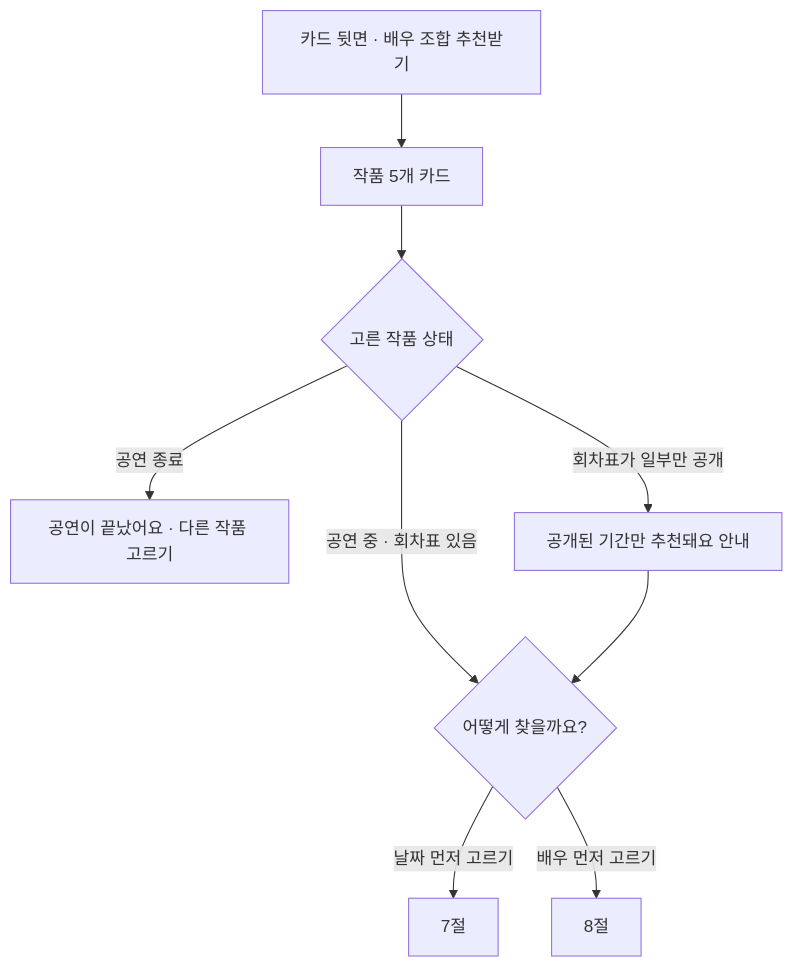
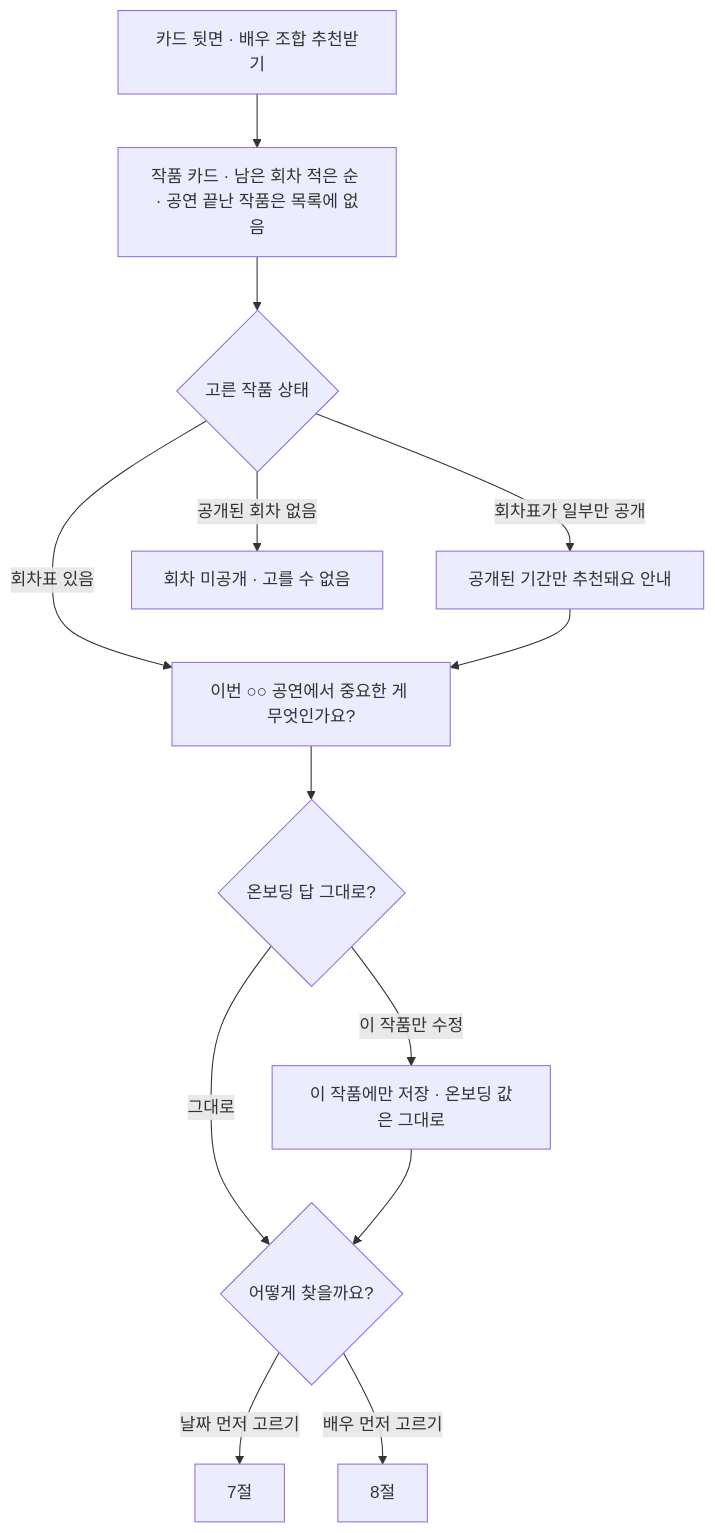
Before and after one commit to 2ma1995/pickle-src: the fifth of 8 diagrams in docs/261027_2_MVP_사용자흐름.md, drawn with Mermaid. The commit also changed other lines of this file, not shown here.

````diff
--- a/docs/261027_2_MVP_사용자흐름.md
+++ b/docs/261027_2_MVP_사용자흐름.md
@@ -262,10 +285,13 @@
 ```mermaid
 flowchart TD
-    BACK["카드 뒷면 · 배우 조합 추천받기"] --> W["작품 5개 카드"]
+    BACK["카드 뒷면 · 배우 조합 추천받기"] --> W["작품 카드 · 남은 회차 적은 순 · 공연 끝난 작품은 목록에 없음"]
     W --> S{"고른 작품 상태"}
-    S -->|공연 중 · 회차표 있음| M{"어떻게 찾을까요?"}
-    S -->|공연 종료| END["공연이 끝났어요 · 다른 작품 고르기"]
-    S -->|회차표가 일부만 공개| PART["공개된 기간만 추천돼요 안내"] --> M
+    S -->|회차표 있음| WT["이번 ○○ 공연에서 중요한 게 무엇인가요?"]
+    S -->|회차표가 일부만 공개| PART["공개된 기간만 추천돼요 안내"] --> WT
+    S -->|공개된 회차 없음| WAIT["회차 미공개 · 고를 수 없음"]
+    WT --> KEEP{"온보딩 답 그대로?"}
+    KEEP -->|그대로| M{"어떻게 찾을까요?"}
+    KEEP -->|이 작품만 수정| EDIT["이 작품에만 저장 · 온보딩 값은 그대로"] --> M
     M -->|날짜 먼저 고르기| DATE["7절"]
     M -->|배우 먼저 고르기| ACT["8절"]
 ```
````
